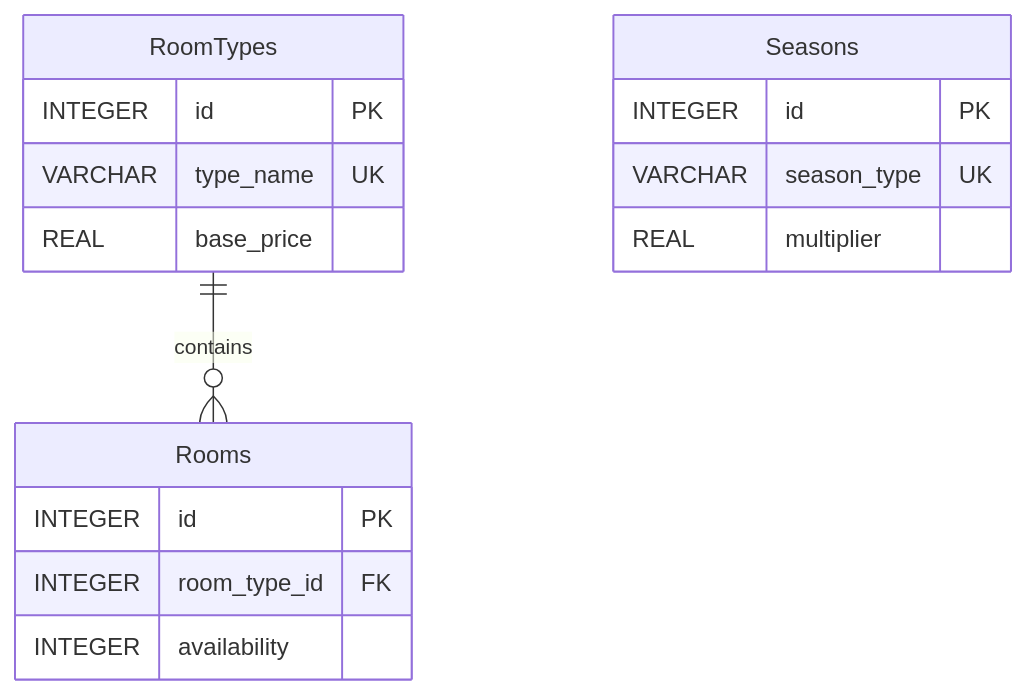
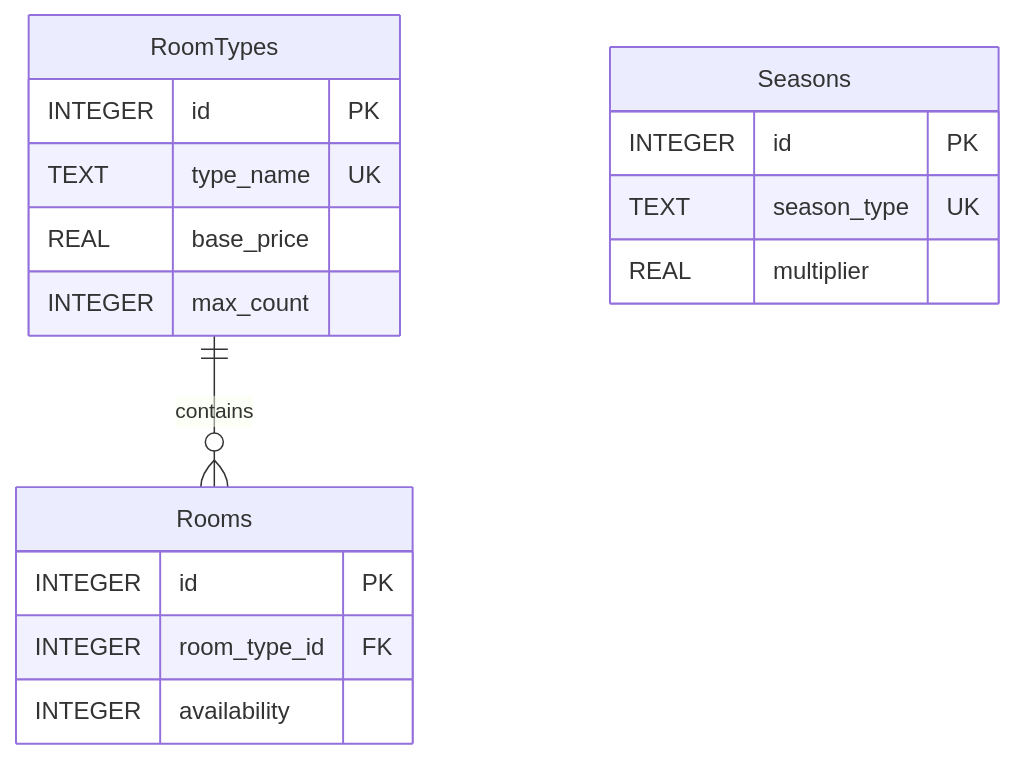
Before and after one commit to Gruppe-6-Hotel-Kong-Arthur/RoomInventoryService: the diagram in README.md, drawn with Mermaid. The commit also changed other lines of this file, not shown here.

````diff
--- a/README.md
+++ b/README.md
@@ -78,19 +77,20 @@
 ```mermaid
 erDiagram
     RoomTypes ||--o{ Rooms : contains
     RoomTypes {
         INTEGER id PK
-        VARCHAR type_name UK
+        TEXT type_name UK
         REAL base_price
+        INTEGER max_count
     }
     Rooms {
         INTEGER id PK
         INTEGER room_type_id FK
         INTEGER availability
     }
     Seasons {
         INTEGER id PK
-        VARCHAR season_type UK
+        TEXT season_type UK
         REAL multiplier
     }
 ```
````
